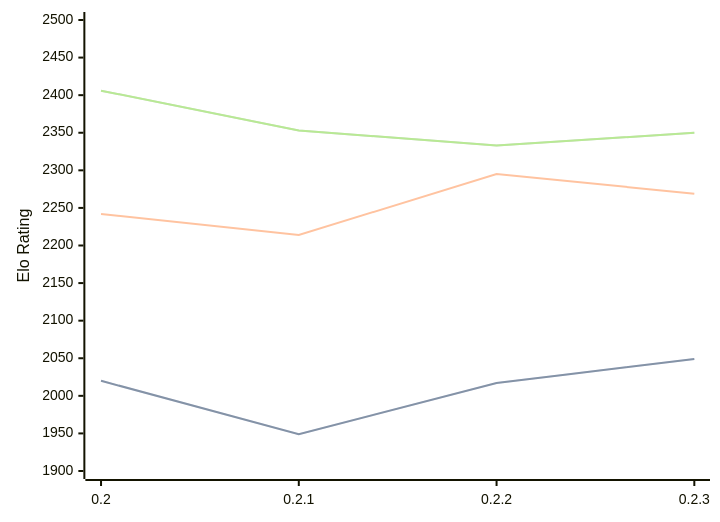
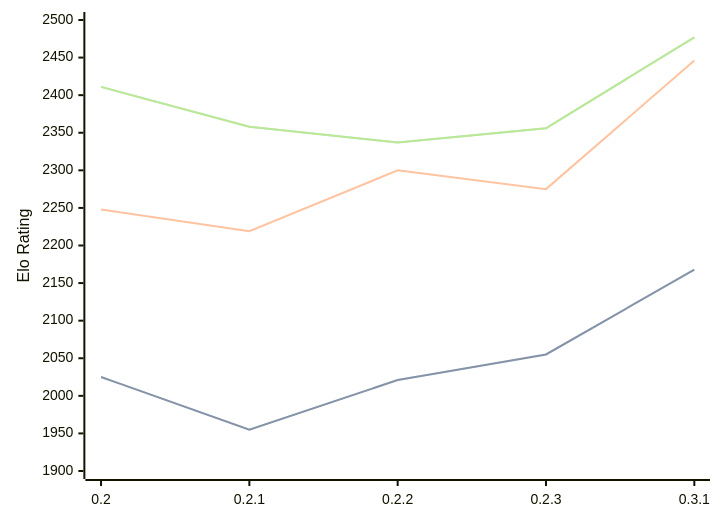
The diagram in engines/Lolbot.md (computer-chess-index/cci), drawn with Mermaid before and after one commit. The commit also changed other lines of this file, not shown here.

Commit message:
Update CCI Ratings (ELO VLTC) - 2026-04-14

````diff
--- a/engines/Lolbot.md
+++ b/engines/Lolbot.md
@@ -35,11 +36,11 @@
 ```mermaid
 %%{init: {"theme":"base","themeVariables":{"seriesColors:['#a3a3a3','#222221','#faa371']}}}%%
 xychart-beta
-  x-axis ["0.2", "0.2.1", "0.2.2", "0.2.3"]
+  x-axis ["0.2", "0.2.1", "0.2.2", "0.2.3", "0.3.1"]
   y-axis "Elo Rating" 1900 --> 2500
-  line "STC (8.0+0.08s)" [2020, 1949, 2017, 2049]
-  line "STC (8.0+0.08s)" [2020, 1949, 2017, 2049]
-  line "LTC (60.0+0.60s)" [2242, 2214, 2295, 2269]
-  line "VLTC (2m24s+1.12s)" [2406, 2353, 2333, 2350]
-  line "VLTC (2m24s+1.12s)" [2406, 2353, 2333, 2350]
+  line "STC (8.0+0.08s)" [2025, 1955, 2021, 2055, 2168]
+  line "STC (8.0+0.08s)" [2025, 1955, 2021, 2055, 2168]
+  line "LTC (60.0+0.60s)" [2248, 2219, 2300, 2275, 2446]
+  line "VLTC (2m24s+1.12s)" [2411, 2358, 2337, 2356, 2477]
+  line "VLTC (2m24s+1.12s)" [2411, 2358, 2337, 2356, 2477]
 ```
````
